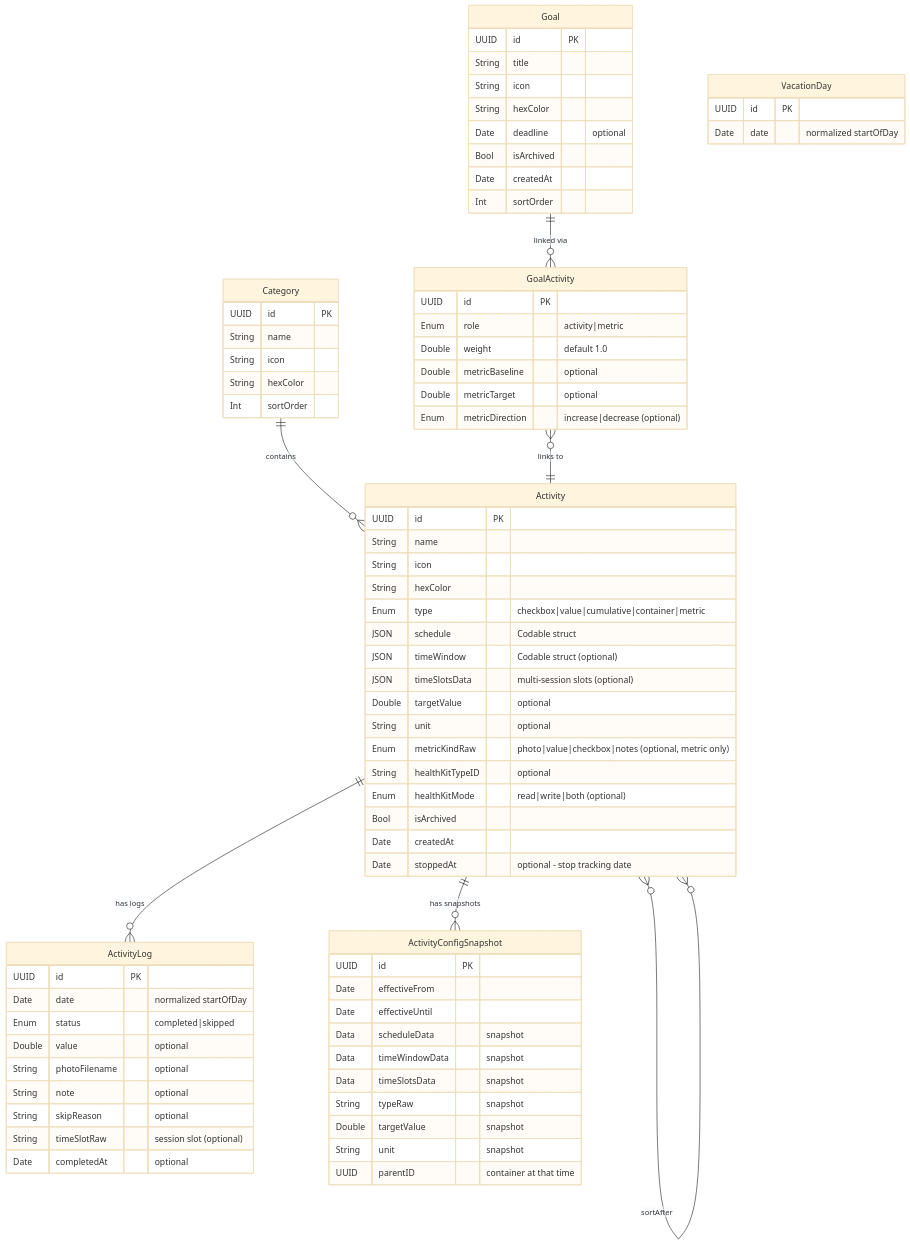
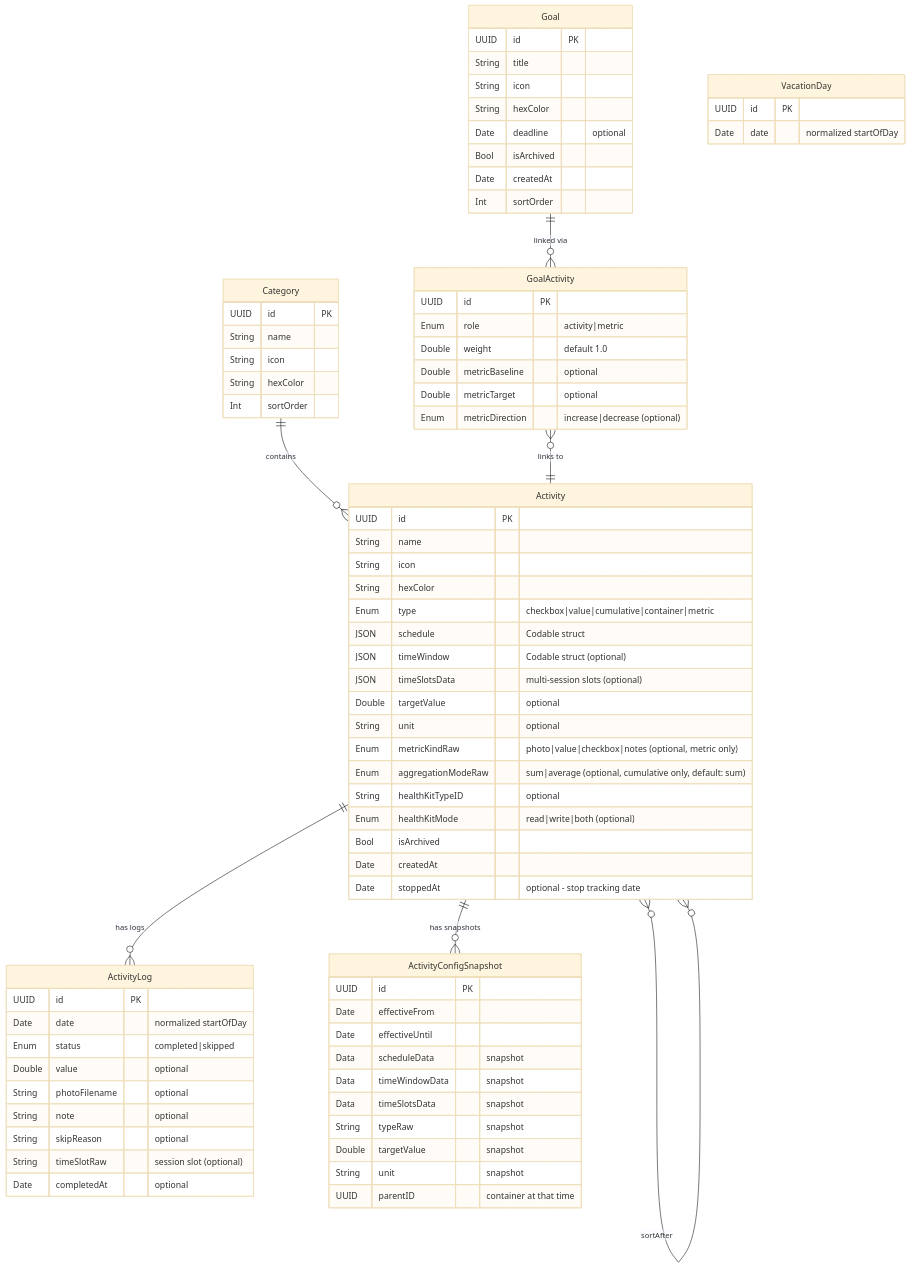
One commit to samg2003/personal_activity_tracking changed the second of 2 diagrams in docs/ARCHITECTURE.md. Above: the diagram before and after it, drawn with Mermaid (base theme). The commit also changed other lines of this file and 7 other files, not shown here.

```diff
--- a/docs/ARCHITECTURE.md
+++ b/docs/ARCHITECTURE.md
@@ -82,6 +82,7 @@
         Double targetValue "optional"
         String unit "optional"
         Enum metricKindRaw "photo|value|checkbox|notes (optional, metric only)"
+        Enum aggregationModeRaw "sum|average (optional, cumulative only, default: sum)"
         String healthKitTypeID "optional"
         Enum healthKitMode "read|write|both (optional)"
         Bool isArchived
```
